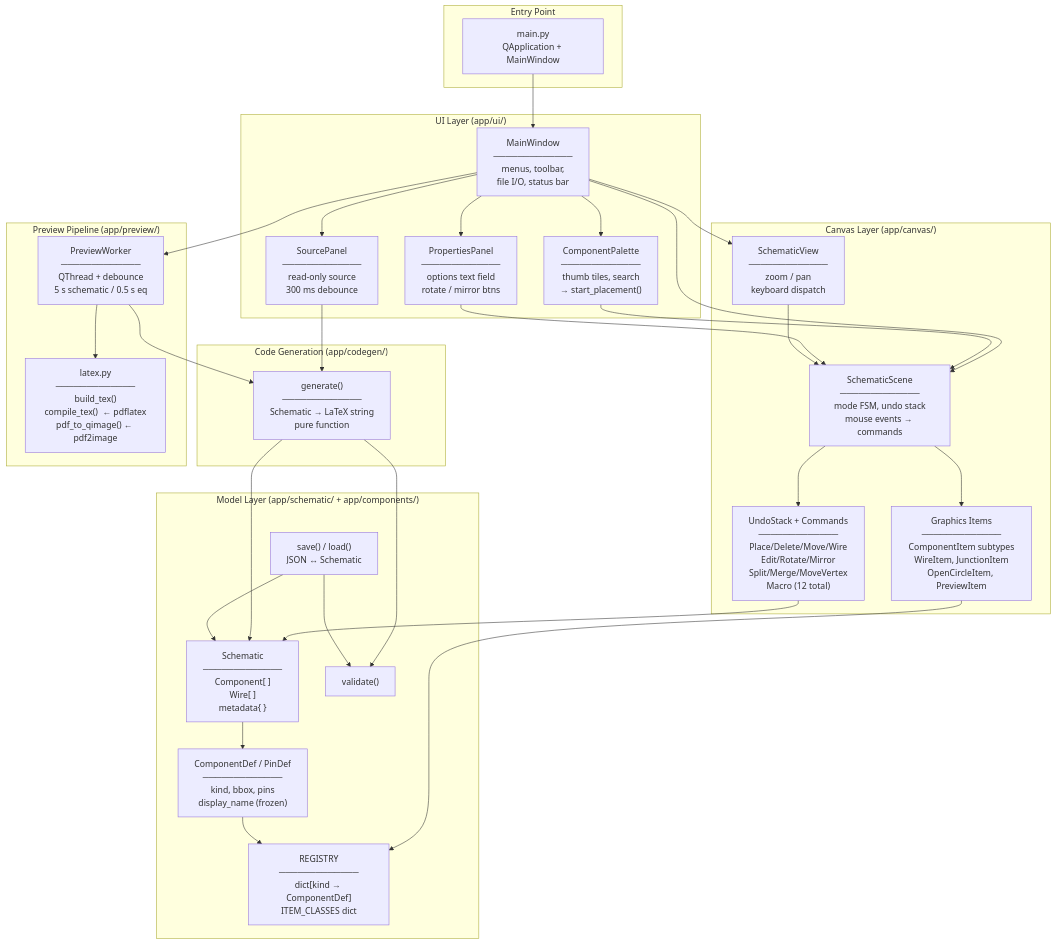
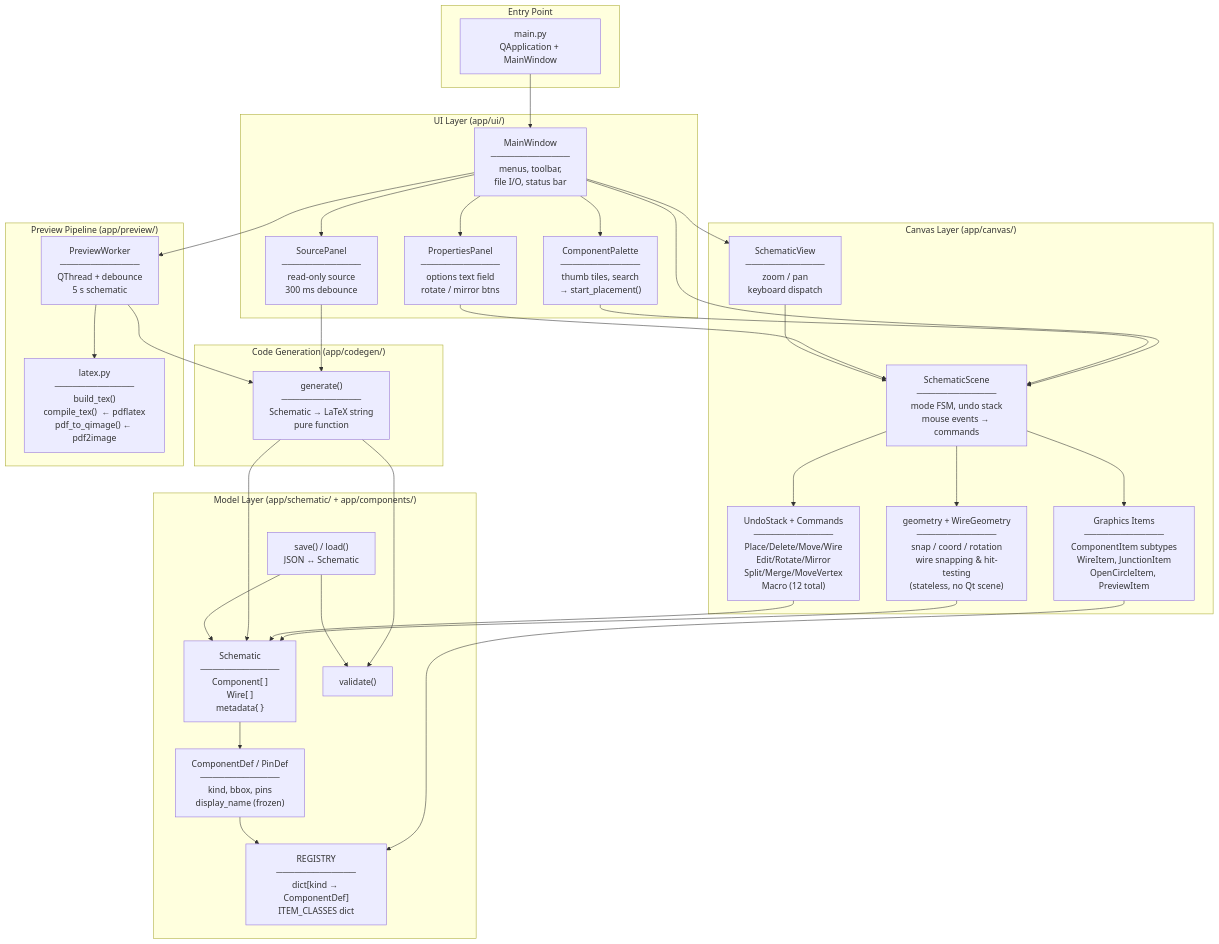
The first of 5 diagrams in ARCHITECTURE.md (whileman133/Heaviside), drawn with Mermaid before and after one commit. The commit also changed 6 other files, not shown here.

First line of the commit message:
Extract canvas geometry collaborators from SchematicScene god-object

````diff
--- a/ARCHITECTURE.md
+++ b/ARCHITECTURE.md
@@ -5,67 +5,70 @@
 ```mermaid
 graph TB
     subgraph Entry["Entry Point"]
         main["main.py\nQApplication + MainWindow"]
     end
 
     subgraph UI["UI Layer  (app/ui/)"]
         MW["MainWindow\n─────────────\nmenus, toolbar,\nfile I/O, status bar"]
         PAL["ComponentPalette\n─────────────\nthumb tiles, search\n→ start_placement()"]
         PROP["PropertiesPanel\n─────────────\noptions text field\nrotate / mirror btns"]
         SRC["SourcePanel\n─────────────\nread-only source\n300 ms debounce"]
     end
 
     subgraph Canvas["Canvas Layer  (app/canvas/)"]
         SCENE["SchematicScene\n─────────────\nmode FSM, undo stack\nmouse events → commands"]
+        GEOM["geometry + WireGeometry\n─────────────\nsnap / coord / rotation\nwire snapping & hit-testing\n(stateless, no Qt scene)"]
         VIEW["SchematicView\n─────────────\nzoom / pan\nkeyboard dispatch"]
         ITEMS["Graphics Items\n─────────────\nComponentItem subtypes\nWireItem, JunctionItem\nOpenCircleItem, PreviewItem"]
         CMDS["UndoStack + Commands\n─────────────\nPlace/Delete/Move/Wire\nEdit/Rotate/Mirror\nSplit/Merge/MoveVertex\nMacro  (12 total)"]
     end
 
     subgraph Model["Model Layer  (app/schematic/ + app/components/)"]
         SCH["Schematic\n─────────────\nComponent[ ]\nWire[ ]\nmetadata{ }"]
         COMPS["ComponentDef / PinDef\n─────────────\nkind, bbox, pins\ndisplay_name (frozen)"]
         REG["REGISTRY\n─────────────\ndict[kind → ComponentDef]\nITEM_CLASSES dict"]
         VAL["validate()"]
         IO["save() / load()\nJSON ↔ Schematic"]
     end
 
     subgraph Codegen["Code Generation  (app/codegen/)"]
         GEN["generate()\n─────────────\nSchematic → LaTeX string\npure function"]
     end
 
     subgraph Preview["Preview Pipeline  (app/preview/)"]
-        WORKER["PreviewWorker\n─────────────\nQThread + debounce\n5 s schematic / 0.5 s eq"]
+        WORKER["PreviewWorker\n─────────────\nQThread + debounce\n5 s schematic"]
         LATEX["latex.py\n─────────────\nbuild_tex()\ncompile_tex()  ← pdflatex\npdf_to_qimage() ← pdf2image"]
     end
 
     main --> MW
     MW --> SCENE
     MW --> VIEW
     MW --> PAL
     MW --> PROP
     MW --> SRC
     MW --> WORKER
 
     PAL --> SCENE
     PROP --> SCENE
     SRC --> GEN
     VIEW --> SCENE
 
     SCENE --> CMDS
     SCENE --> ITEMS
+    SCENE --> GEOM
+    GEOM --> SCH
     CMDS --> SCH
     ITEMS --> REG
 
     SCH --> COMPS
     COMPS --> REG
 
     GEN --> SCH
     GEN --> VAL
 
     IO --> SCH
     IO --> VAL
 
     WORKER --> GEN
     WORKER --> LATEX
 ```
````
